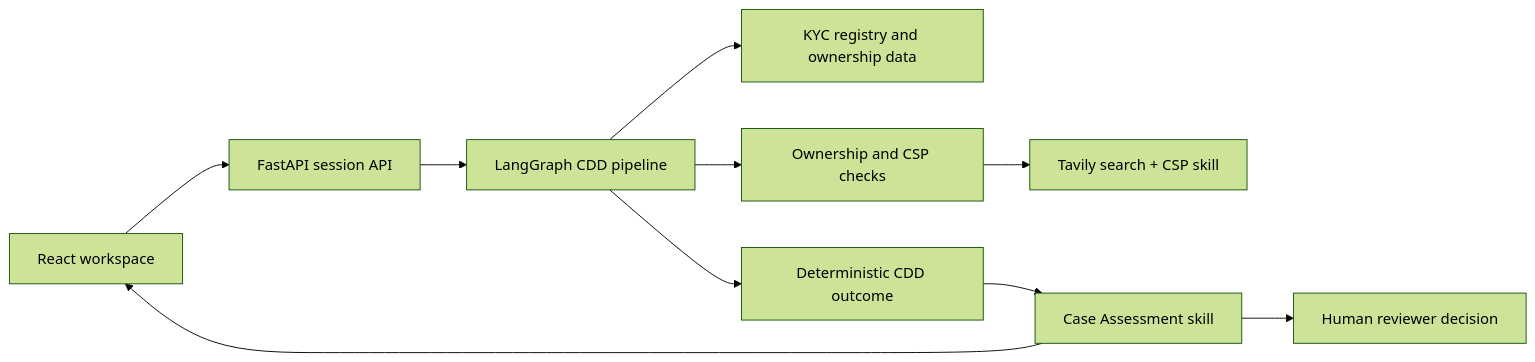
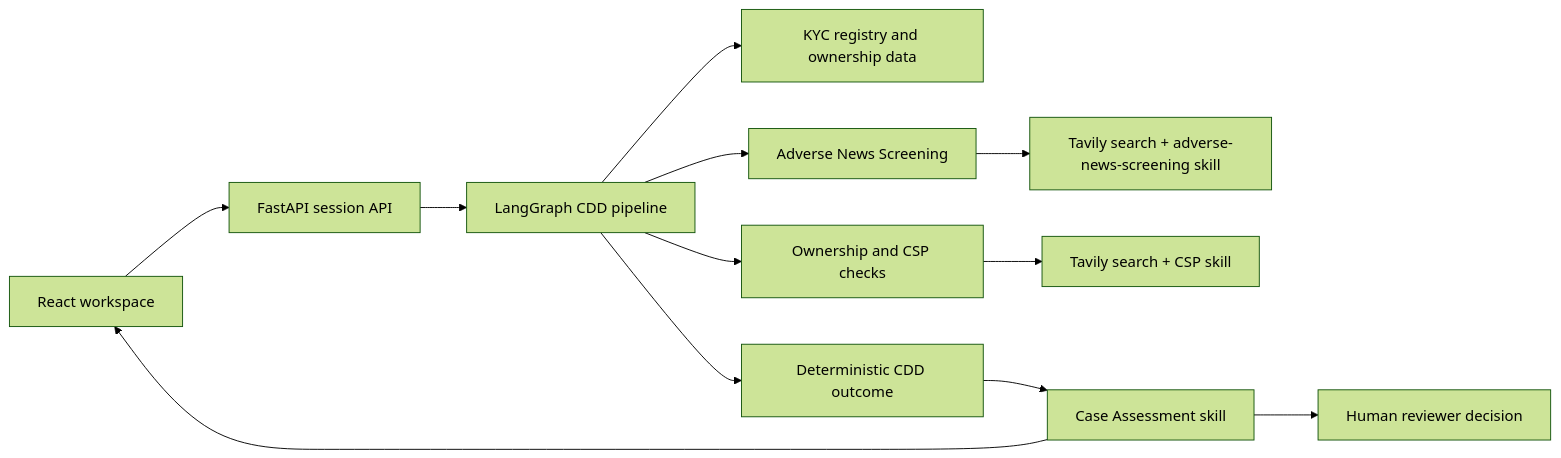
Before and after one commit to 2gauravc/aml-cowork2: the diagram in README.md, drawn with Mermaid (forest theme). The commit also changed other lines of this file and 13 other files, not shown here.

Commit message:
Add adverse news screening findings

````diff
--- a/README.md
+++ b/README.md
@@ -36,12 +36,14 @@
 ```mermaid
 flowchart LR
   UI[React workspace] --> API[FastAPI session API]
   API --> Graph[LangGraph CDD pipeline]
   Graph --> KYC[KYC registry and ownership data]
+  Graph --> Adverse[Adverse News Screening]
+  Adverse --> Web[Tavily search + adverse-news-screening skill]
   Graph --> Flags[Ownership and CSP checks]
   Flags --> CSP[Tavily search + CSP skill]
   Graph --> Finalize[Deterministic CDD outcome]
   Finalize --> Review[Case Assessment skill]
   Review --> UI
   Review --> Decision[Human reviewer decision]
 ```
````
